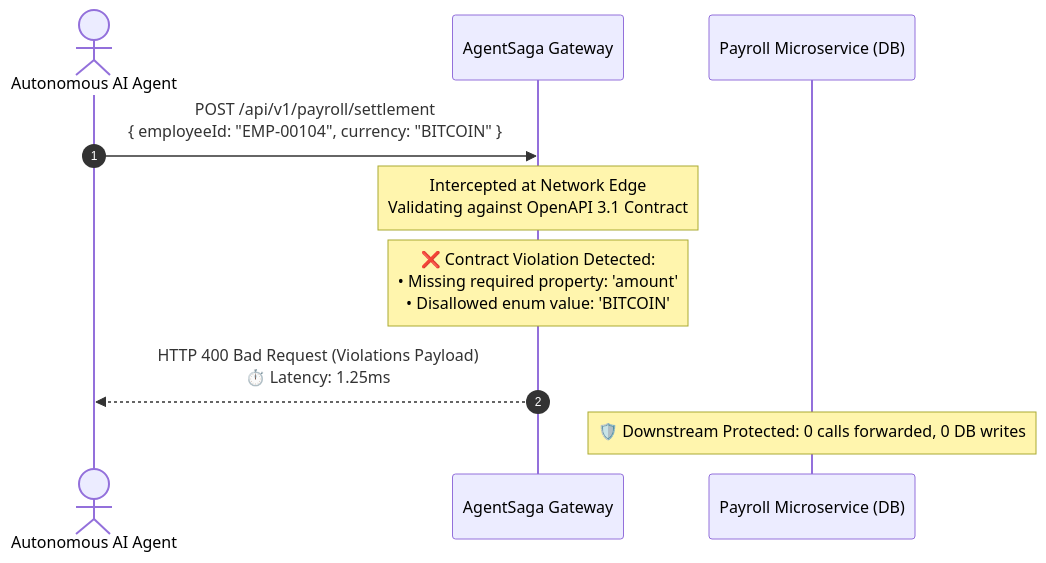
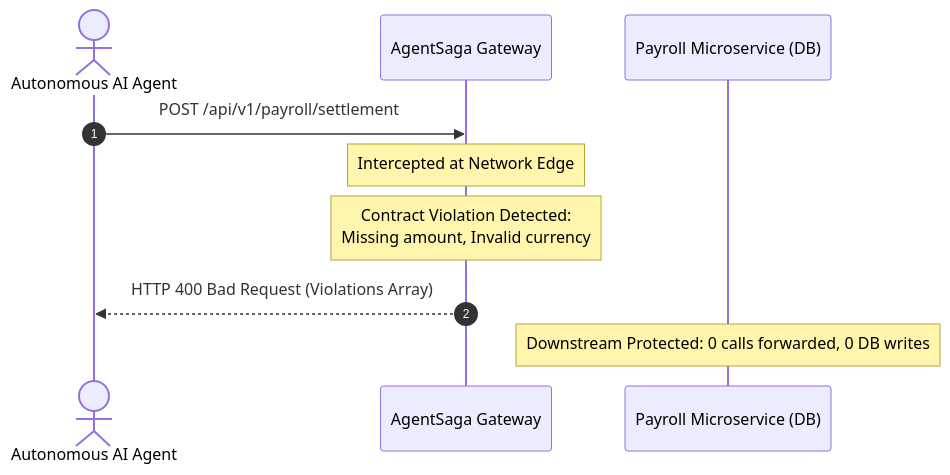
Before and after one commit to Ockersz/agent-saga: the first of 2 diagrams in README.md, drawn with Mermaid. The commit also changed other lines of this file, not shown here.

Commit message:
fix(docs): sanitize Mermaid sequence diagram syntax for GitHub renderer

````diff
--- a/README.md
+++ b/README.md
@@ -54,13 +54,13 @@
 ```mermaid
 sequenceDiagram
     autonumber
     actor Agent as Autonomous AI Agent
     participant GW as AgentSaga Gateway
     participant Payroll as Payroll Microservice (DB)
 
-    Agent->>GW: POST /api/v1/payroll/settlement<br/>{ employeeId: "EMP-00104", currency: "BITCOIN" }
-    Note over GW: Intercepted at Network Edge<br/>Validating against OpenAPI 3.1 Contract
-    Note over GW: ❌ Contract Violation Detected:<br/>• Missing required property: 'amount'<br/>• Disallowed enum value: 'BITCOIN'
-    GW-->>Agent: HTTP 400 Bad Request (Violations Payload)<br/>⏱️ Latency: 1.25ms
-    Note over Payroll: 🛡️ Downstream Protected: 0 calls forwarded, 0 DB writes
+    Agent->>GW: POST /api/v1/payroll/settlement
+    Note over GW: Intercepted at Network Edge
+    Note over GW: Contract Violation Detected:<br/>Missing amount, Invalid currency
+    GW-->>Agent: HTTP 400 Bad Request (Violations Array)
+    Note over Payroll: Downstream Protected: 0 calls forwarded, 0 DB writes
 ```
````
